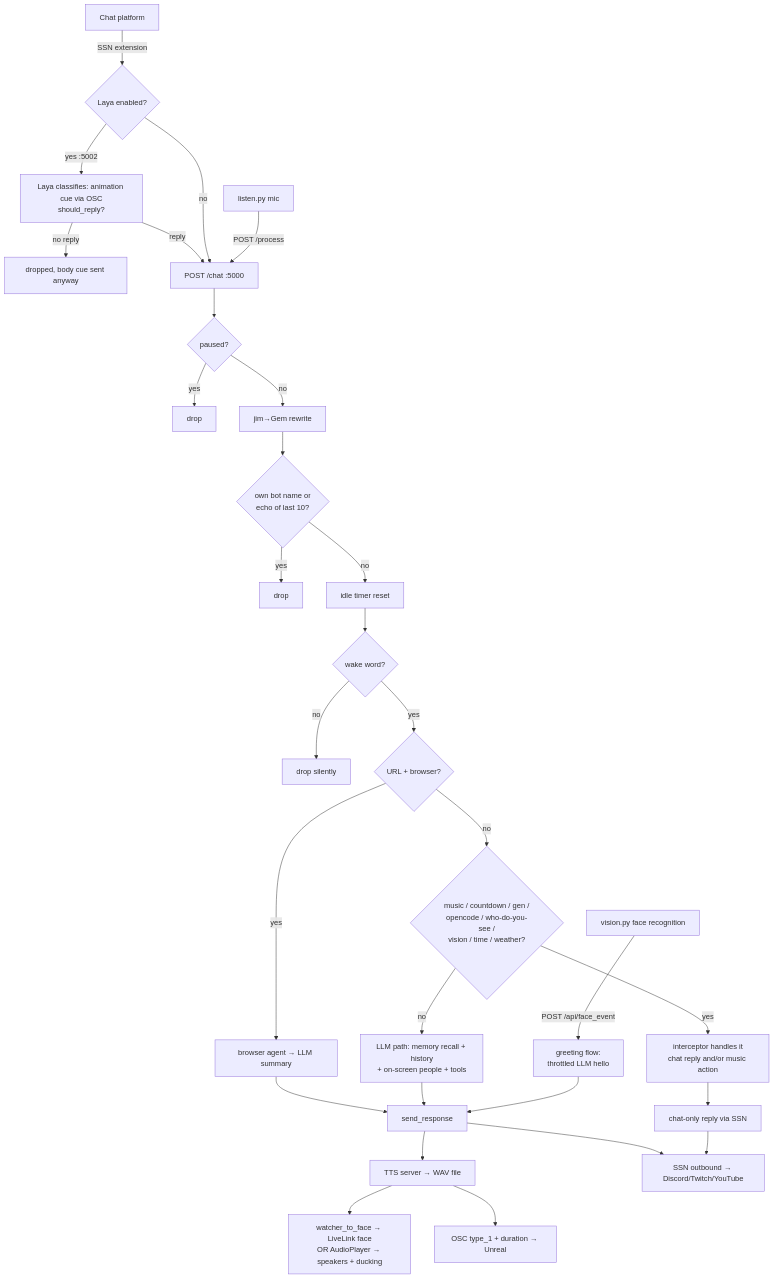
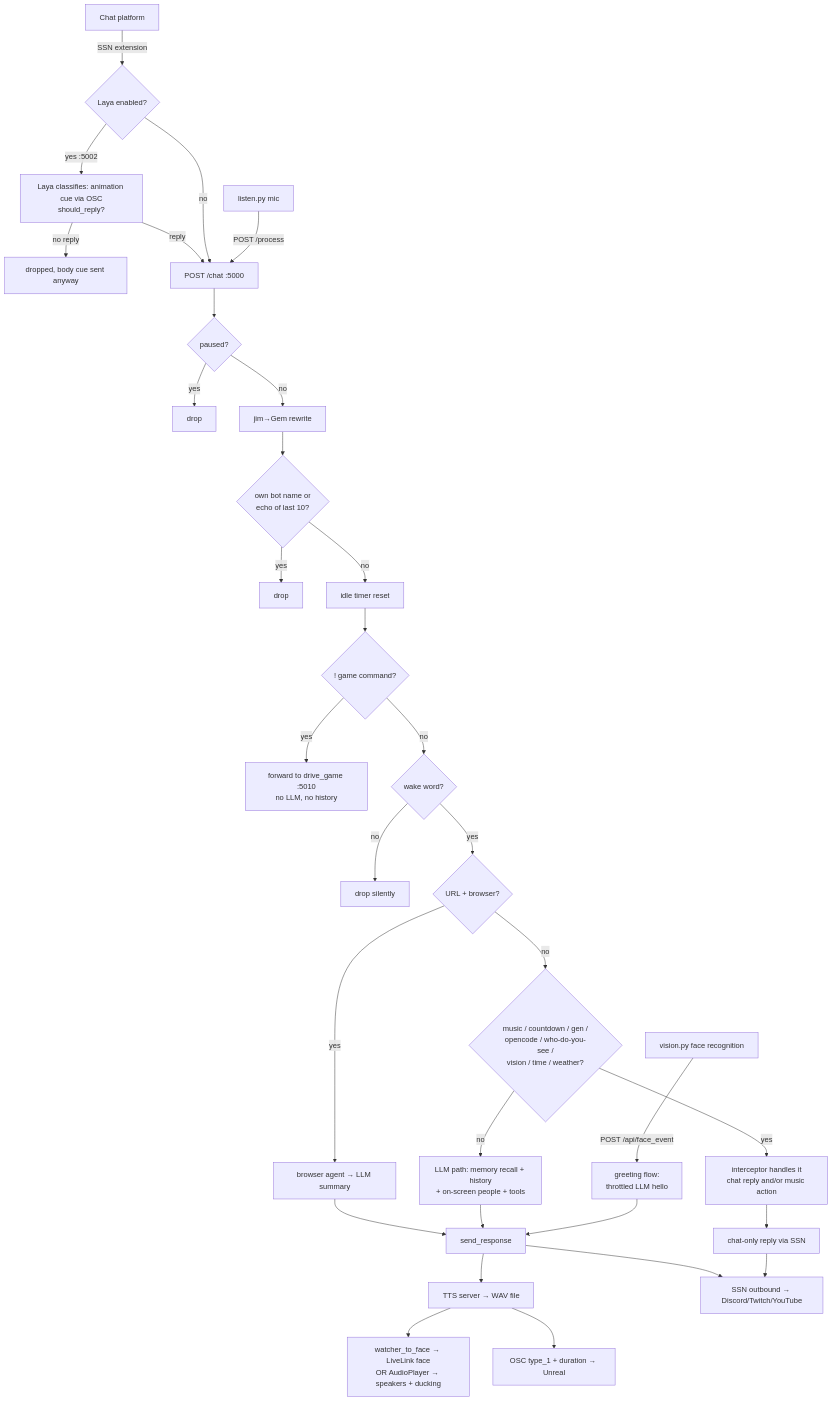
The diagram in Docs/MESSAGE-PIPELINE.md (jaygeesuckatgaming/Gem-System-v2), drawn with Mermaid before and after one commit. The commit also changed other lines of this file and 53 other files, not shown here.

````diff
--- a/Docs/MESSAGE-PIPELINE.md
+++ b/Docs/MESSAGE-PIPELINE.md
@@ -162,32 +167,34 @@
 ```mermaid
 flowchart TD
     A[Chat platform] -->|SSN extension| B{Laya enabled?}
     B -->|yes :5002| C[Laya classifies: animation cue via OSC<br/>should_reply?]
     C -->|no reply| X1[dropped, body cue sent anyway]
     C -->|reply| D
     B -->|no| D[POST /chat :5000]
     V[listen.py mic] -->|POST /process| D
     D --> E{paused?}
     E -->|yes| X2[drop]
     E -->|no| F["jim→Gem rewrite"]
     F --> G{own bot name or<br/>echo of last 10?}
     G -->|yes| X3[drop]
     G -->|no| H[idle timer reset]
-    H --> I{wake word?}
+    H --> GD{! game command?}
+    GD -->|yes| XG[forward to drive_game :5010<br/>no LLM, no history]
+    GD -->|no| I{wake word?}
     I -->|no| X4[drop silently]
     I -->|yes| J{URL + browser?}
     J -->|yes| K[browser agent → LLM summary]
     J -->|no| L{music / countdown / gen /<br/>opencode / who-do-you-see /<br/>vision / time / weather?}
     L -->|yes| M[interceptor handles it<br/>chat reply and/or music action]
     L -->|no| N[LLM path: memory recall + history<br/>+ on-screen people + tools]
     K --> O[send_response]
     N --> O
     M --> P[chat-only reply via SSN]
     O --> Q[TTS server → WAV file]
     O --> R[SSN outbound → Discord/Twitch/YouTube]
     Q --> S[watcher_to_face → LiveLink face<br/>OR AudioPlayer → speakers + ducking]
     Q --> T[OSC type_1 + duration → Unreal]
     P --> R
     FACE[vision.py face recognition] -->|POST /api/face_event| GEET[greeting flow:<br/>throttled LLM hello]
     GEET --> O
 ```
````
